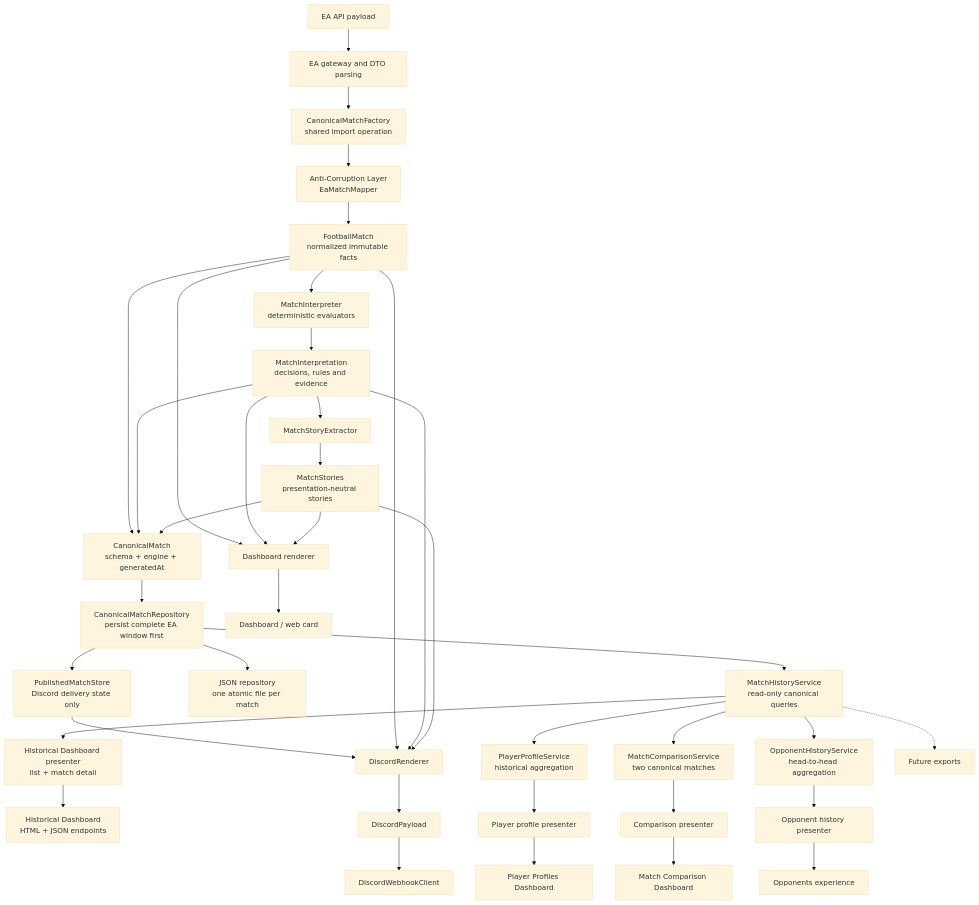
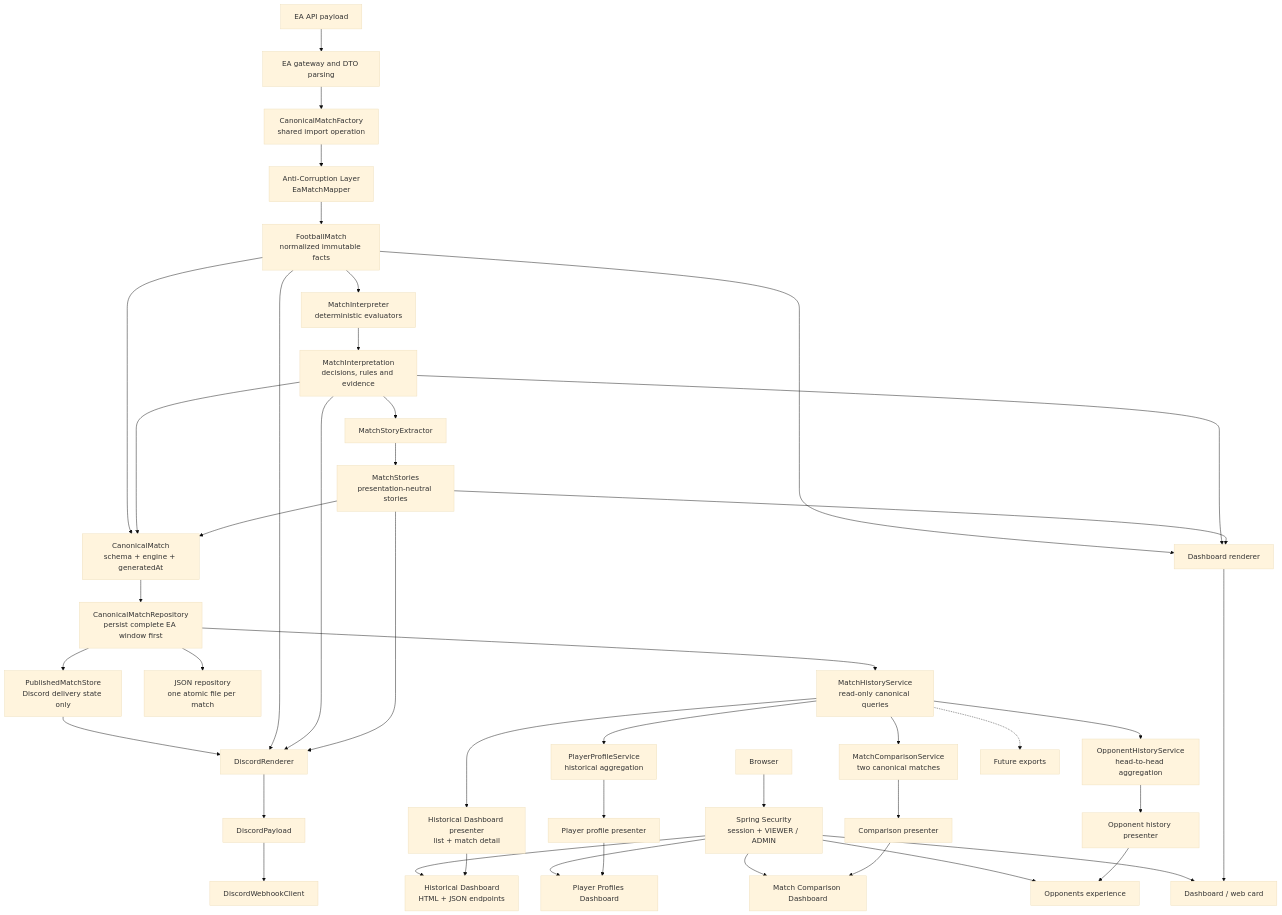
One commit to douglas-borba/eafc26-discord-stats changed the diagram in docs/architecture.md. Above: the diagram before and after it, drawn with Mermaid (base theme). The commit also changed other lines of this file and 26 other files, not shown here.

````diff
--- a/docs/architecture.md
+++ b/docs/architecture.md
@@ -13,40 +13,46 @@
 ```mermaid
 flowchart TD
+    USER["Browser"] --> SEC["Spring Security<br/>session + VIEWER / ADMIN"]
+    SEC --> WEB
+    SEC --> HWEB
+    SEC --> PWEB
+    SEC --> CWEB
+    SEC --> OWEB
     EA["EA API payload"] --> GW["EA gateway and DTO parsing"]
     GW --> FACTORY["CanonicalMatchFactory<br/>shared import operation"]
     FACTORY --> ACL["Anti-Corruption Layer<br/>EaMatchMapper"]
     ACL --> FM["FootballMatch<br/>normalized immutable facts"]
     FM --> MI["MatchInterpreter<br/>deterministic evaluators"]
     MI --> INT["MatchInterpretation<br/>decisions, rules and evidence"]
     INT --> SE["MatchStoryExtractor"]
     SE --> MS["MatchStories<br/>presentation-neutral stories"]
     FM --> CM["CanonicalMatch<br/>schema + engine + generatedAt"]
     INT --> CM
     MS --> CM
     CM --> PORT["CanonicalMatchRepository<br/>persist complete EA window first"]
     PORT --> DEDUP["PublishedMatchStore<br/>Discord delivery state only"]
     DEDUP --> DISC
     PORT --> JSON["JSON repository<br/>one atomic file per match"]
     PORT --> HIST["MatchHistoryService<br/>read-only canonical queries"]
     HIST --> HDASH["Historical Dashboard presenter<br/>list + match detail"]
     HDASH --> HWEB["Historical Dashboard<br/>HTML + JSON endpoints"]
     HIST --> PROFILE["PlayerProfileService<br/>historical aggregation"]
     PROFILE --> PVIEW["Player profile presenter"]
     PVIEW --> PWEB["Player Profiles Dashboard"]
     HIST --> COMP["MatchComparisonService<br/>two canonical matches"]
     COMP --> CVIEW["Comparison presenter"]
     CVIEW --> CWEB["Match Comparison Dashboard"]
     HIST --> OPP["OpponentHistoryService<br/>head-to-head aggregation"]
     OPP --> OVIEW["Opponent history presenter"]
     OVIEW --> OWEB["Opponents experience"]
     HIST -.-> EXPORT["Future exports"]
     FM --> DASH["Dashboard renderer"]
     INT --> DASH
     MS --> DASH
     FM --> DISC["DiscordRenderer"]
     INT --> DISC
     MS --> DISC
     DASH --> WEB["Dashboard / web card"]
     DISC --> PAYLOAD["DiscordPayload"]
     PAYLOAD --> HOOK["DiscordWebhookClient"]
 ```
````
